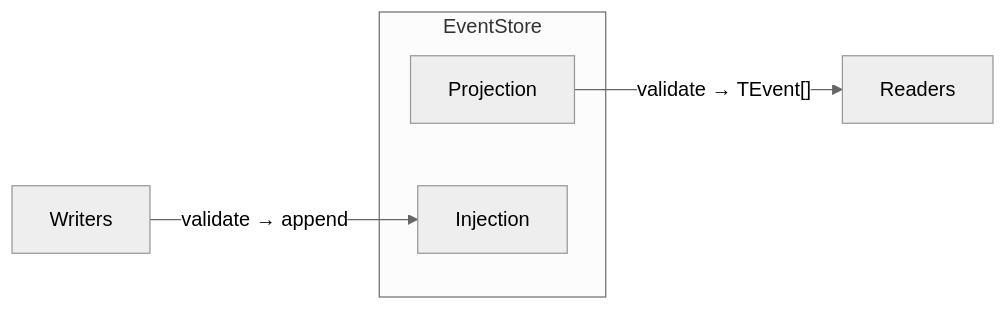
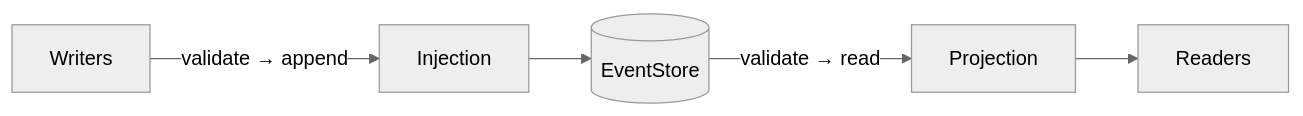
One commit to ToxicPine/bernays changed the fifth of 7 diagrams in ARCHITECTURE.md. Above: the diagram before and after it, drawn with Mermaid (neutral theme). The commit also changed other lines of this file and 1 other file, not shown here.

First line of the commit message:
Plan reactive state architecture: incremental plugin state, EventStore as reactivity boundary

````diff
--- a/ARCHITECTURE.md
+++ b/ARCHITECTURE.md
@@ -1000,9 +1080,7 @@
 ```mermaid
 flowchart LR
-    subgraph EventStore
-        PR[Projection]
-        INJ[Injection]
-    end
-    PR -->|"validate → TEvent[]"| READ[Readers]
-    WRITE[Writers] -->|"validate → append"| INJ
+    WRITE[Writers] -->|"validate → append"| INJ[Injection]
+    INJ --> ES[(EventStore)]
+    ES -->|"validate → read"| PR[Projection]
+    PR --> READ[Readers]
 ```
````
